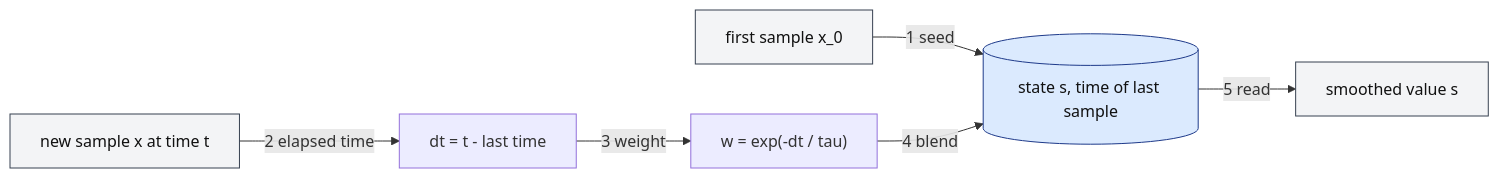
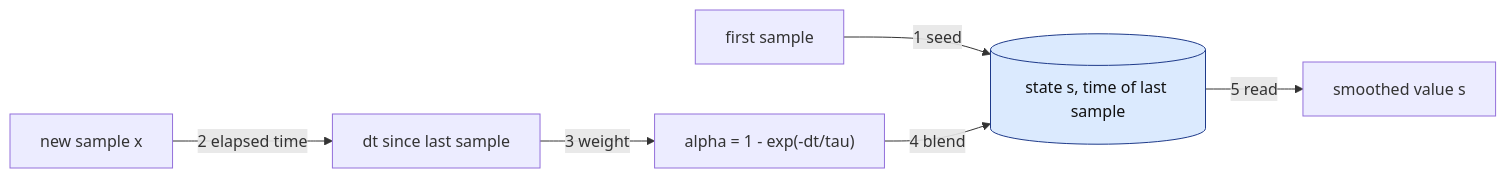
One commit to mengjiasun1992/sllmwiki-demo changed the diagram in sllmwiki/narratives/what-is-an-ewma-exponentially-weighted-moving-average-and-how-does-it-work.md. Above: the diagram before and after it, drawn with Mermaid. The commit also changed other lines of this file and 8 other files, not shown here.

````diff
--- a/sllmwiki/narratives/what-is-an-ewma-exponentially-weighted-moving-average-and-how-does-it-work.md
+++ b/sllmwiki/narratives/what-is-an-ewma-exponentially-weighted-moving-average-and-how-does-it-work.md
@@ -46,12 +63,10 @@
 ```mermaid
 flowchart LR
-    F["first sample x_0"] -->|"1 seed"| S[("state s, time of last sample")]
-    X["new sample x at time t"] -->|"2 elapsed time"| D["dt = t - last time"]
-    D -->|"3 weight"| W["w = exp(-dt / tau)"]
-    W -->|"4 blend"| S
+    F["first sample"] -->|"1 seed"| S[("state s, time of last sample")]
+    X["new sample x"] -->|"2 elapsed time"| D["dt since last sample"]
+    D -->|"3 weight"| A["alpha = 1 - exp(-dt/tau)"]
+    A -->|"4 blend"| S
     S -->|"5 read"| O["smoothed value s"]
     classDef state fill:#dbeafe,stroke:#1e3a8a,color:#111111
-    classDef io fill:#f3f4f6,stroke:#374151,color:#111111
     class S state
-    class F,X,O io
 ```
````
